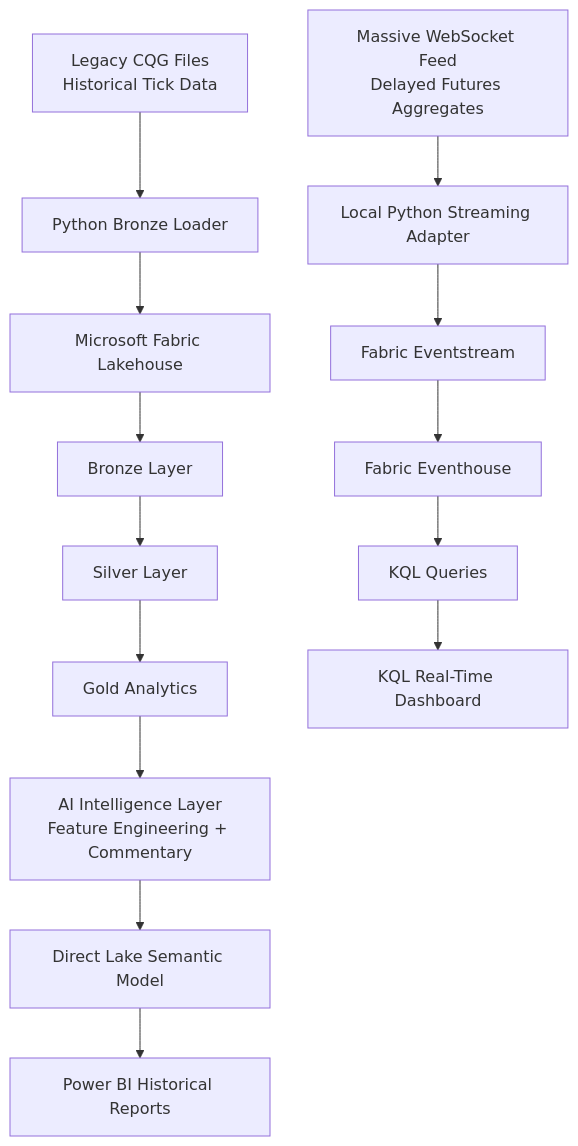
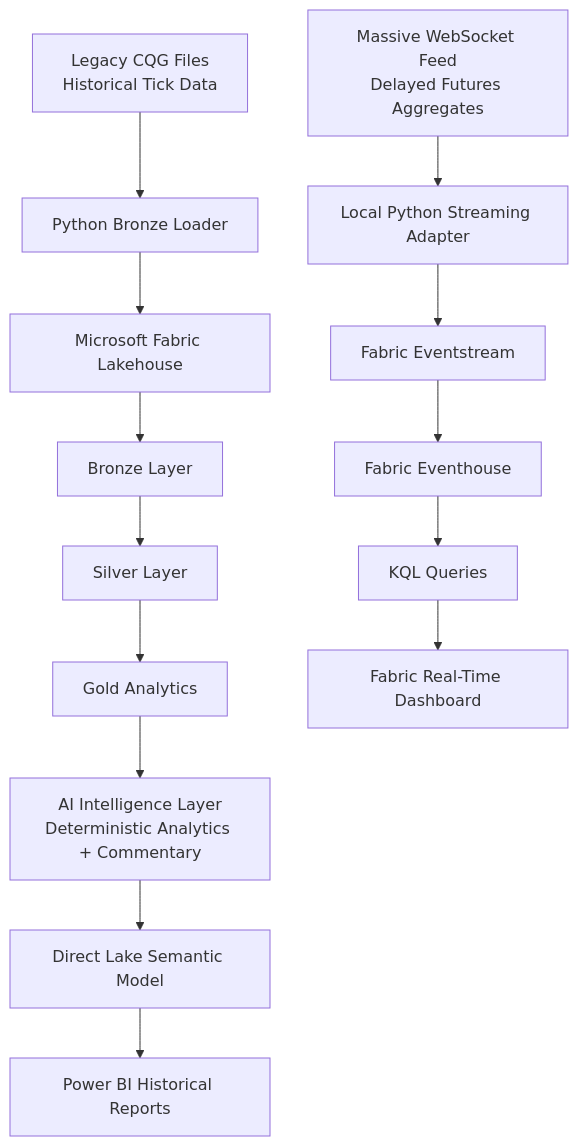
One commit to johnmccrae-ukfi/atlas changed the first of 2 diagrams in README.md. Above: the diagram before and after it, drawn with Mermaid. The commit also changed other lines of this file and 4 other files, not shown here.

````diff
--- a/README.md
+++ b/README.md
@@ -68,24 +290,24 @@
 ```mermaid
 flowchart TD
 
     A["Legacy CQG Files<br/>Historical Tick Data"]
     B["Python Bronze Loader"]
     C["Microsoft Fabric Lakehouse"]
     D["Bronze Layer"]
     E["Silver Layer"]
     F["Gold Analytics"]
     G["Direct Lake Semantic Model"]
     H["Power BI Historical Reports"]
 
     I["Massive WebSocket Feed<br/>Delayed Futures Aggregates"]
     J["Local Python Streaming Adapter"]
     K["Fabric Eventstream"]
     L["Fabric Eventhouse"]
     M["KQL Queries"]
-    N["KQL Real-Time Dashboard"]
+    N["Fabric Real-Time Dashboard"]
 
-    O["AI Intelligence Layer<br/>Feature Engineering + Commentary"]
+    O["AI Intelligence Layer<br/>Deterministic Analytics + Commentary"]
 
         A --> B --> C --> D --> E --> F --> O --> G --> H
     I --> J --> K --> L --> M --> N
 ```
````
